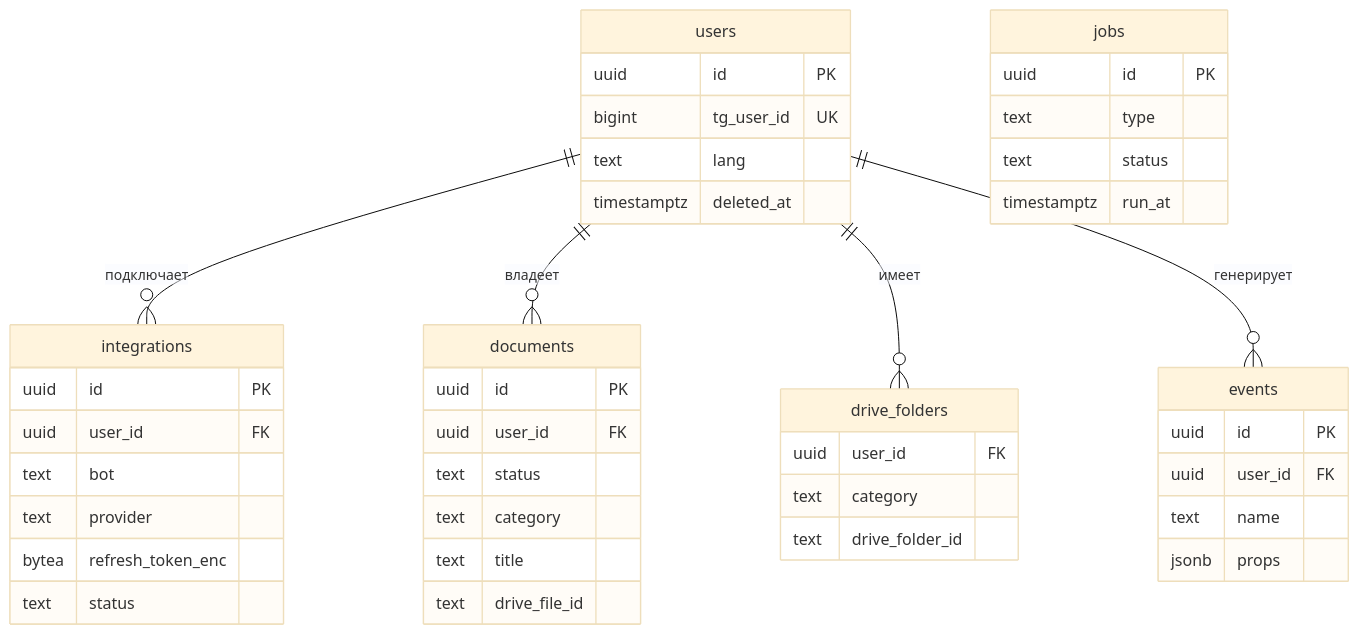
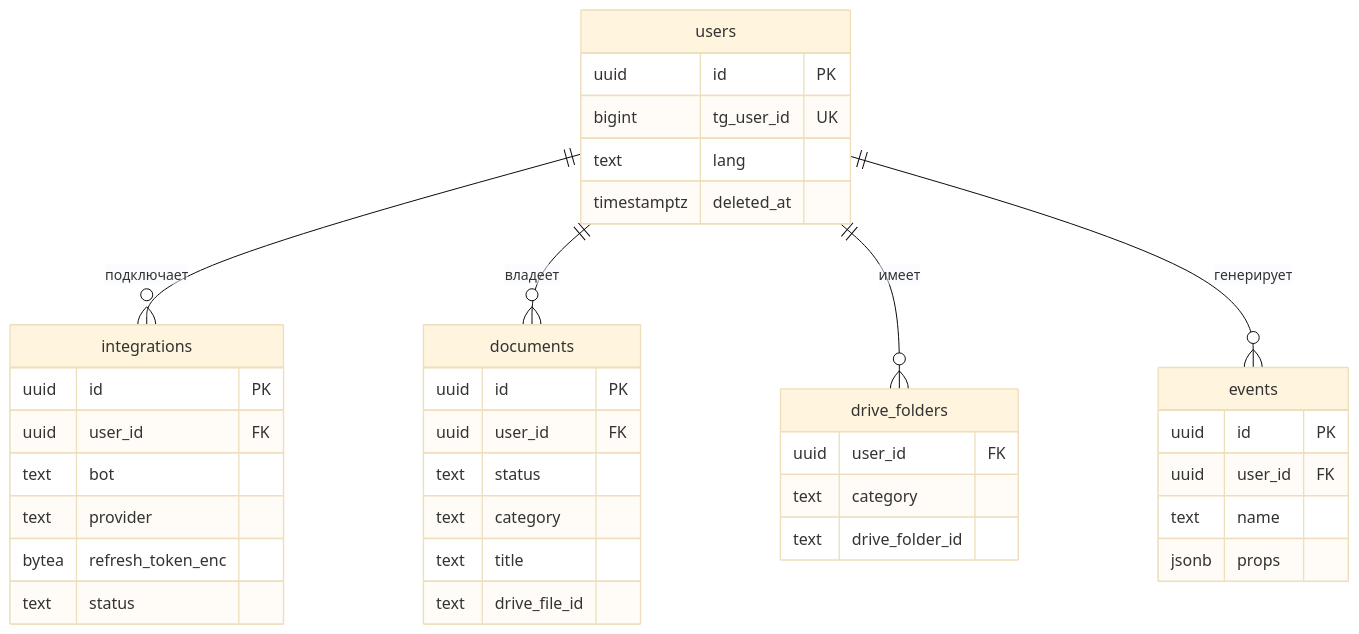
The first of 2 diagrams in docs/model.md (alexe0110/most-app), drawn with Mermaid (base theme) before and after one commit. The commit also changed other lines of this file, not shown here.

````diff
--- a/docs/model.md
+++ b/docs/model.md
@@ -24,47 +24,41 @@
 ```mermaid
 erDiagram
     users ||--o{ integrations : "подключает"
     users ||--o{ documents : "владеет"
     users ||--o{ drive_folders : "имеет"
     users ||--o{ events : "генерирует"
 
     users {
         uuid id PK
         bigint tg_user_id UK
         text lang
         timestamptz deleted_at
     }
     integrations {
         uuid id PK
         uuid user_id FK
         text bot
         text provider
         bytea refresh_token_enc
         text status
     }
     documents {
         uuid id PK
         uuid user_id FK
         text status
         text category
         text title
         text drive_file_id
     }
     drive_folders {
         uuid user_id FK
         text category
         text drive_folder_id
     }
     events {
         uuid id PK
         uuid user_id FK
         text name
         jsonb props
     }
-    jobs {
-        uuid id PK
-        text type
-        text status
-        timestamptz run_at
-    }
 ```
````
